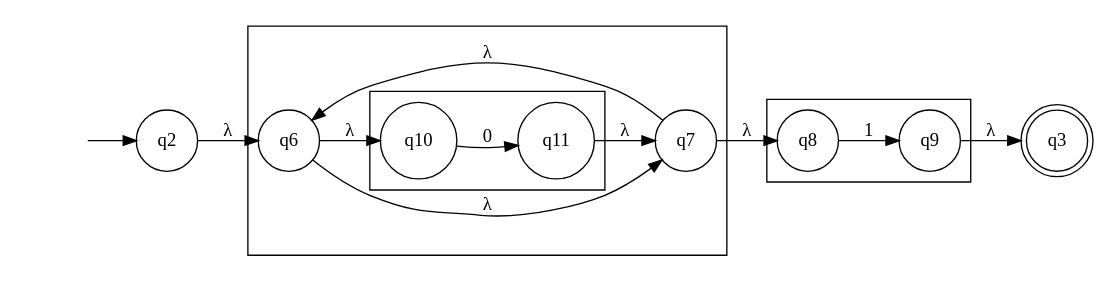
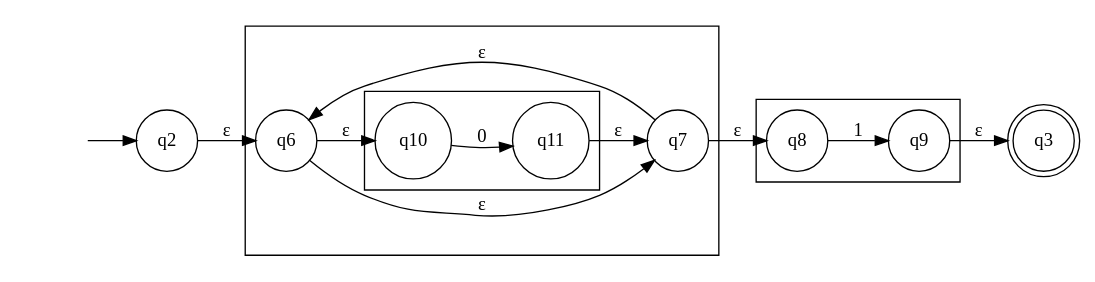
Before and after one commit to luizedsilva/Livro-LTC: the diagram in chapters/images/ilustra-dot/afn-zero-estrela-um.dot, drawn with Graphviz. The commit also changed 126 other files, not shown here.

```diff
--- a/chapters/images/ilustra-dot/afn-zero-estrela-um.dot
+++ b/chapters/images/ilustra-dot/afn-zero-estrela-um.dot
@@ -1,22 +1,22 @@
 digraph {
 	rankdir=LR;
 	node [shape = doublecircle]; q3;
 	node [shape = circle];
 	inicio [shape = none; label = ""];
 	inicio -> q2
-	q2 -> q6 [ label = "&#955;" ];
+	q2 -> q6 [ label = "ε" ];
 	subgraph cluster_1 {
-	  q6 -> q7 [ label = "&#955;" ];
-	  q6 -> q10 [ label = "&#955;" ];
+	  q6 -> q7 [ label = "ε" ];
+	  q6 -> q10 [ label = "ε" ];
 	  subgraph cluster_2 {
 	    q10 -> q11 [ label = "0" ];
 	  };
-	  q11 -> q7 [ label = "&#955;" ];
-	  q7 -> q6 [ label = "&#955;" ];
+	  q11 -> q7 [ label = "ε" ];
+	  q7 -> q6 [ label = "ε" ];
 	};
 	subgraph cluster_3 {
 	  q8 -> q9 [ label = "1" ];
 	};
-	q7 -> q8 [ label = "&#955;" ];
-	q9 -> q3 [ label = "&#955;" ];
+	q7 -> q8 [ label = "ε" ];
+	q9 -> q3 [ label = "ε" ];
 }
```
